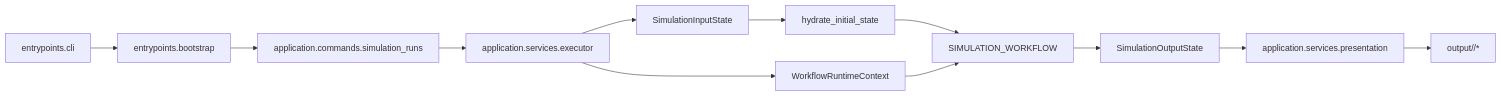
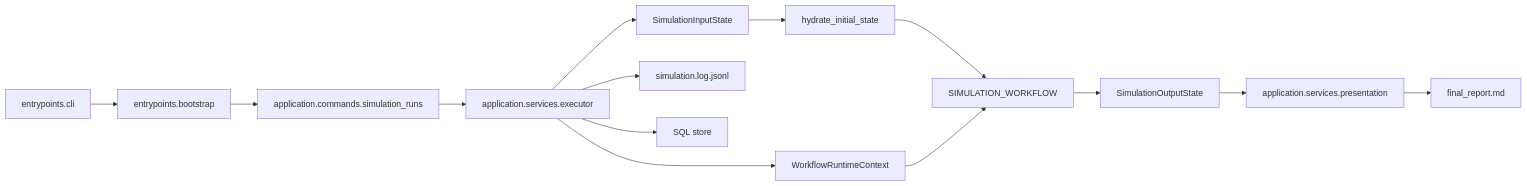
One commit to keonho-kim/simula changed the diagram in docs/architecture.md. Above: the diagram before and after it, drawn with Mermaid. The commit also changed other lines of this file and 14 other files, not shown here.

````diff
--- a/docs/architecture.md
+++ b/docs/architecture.md
@@ -20,14 +25,16 @@
 ```mermaid
 flowchart LR
     CLI["entrypoints.cli"] --> Bootstrap["entrypoints.bootstrap"]
     Bootstrap --> Command["application.commands.simulation_runs"]
     Command --> Executor["application.services.executor"]
     Executor --> Input["SimulationInputState"]
+    Executor --> Context["WorkflowRuntimeContext"]
     Input --> Hydrate["hydrate_initial_state"]
     Hydrate --> Workflow["SIMULATION_WORKFLOW"]
-    Executor --> Context["WorkflowRuntimeContext"]
     Context --> Workflow
     Workflow --> Output["SimulationOutputState"]
     Output --> Presentation["application.services.presentation"]
-    Presentation --> Files["output/<run_id>/*"]
+    Presentation --> Files["final_report.md"]
+    Executor --> Jsonl["simulation.log.jsonl"]
+    Executor --> Store["SQL store"]
 ```
````
